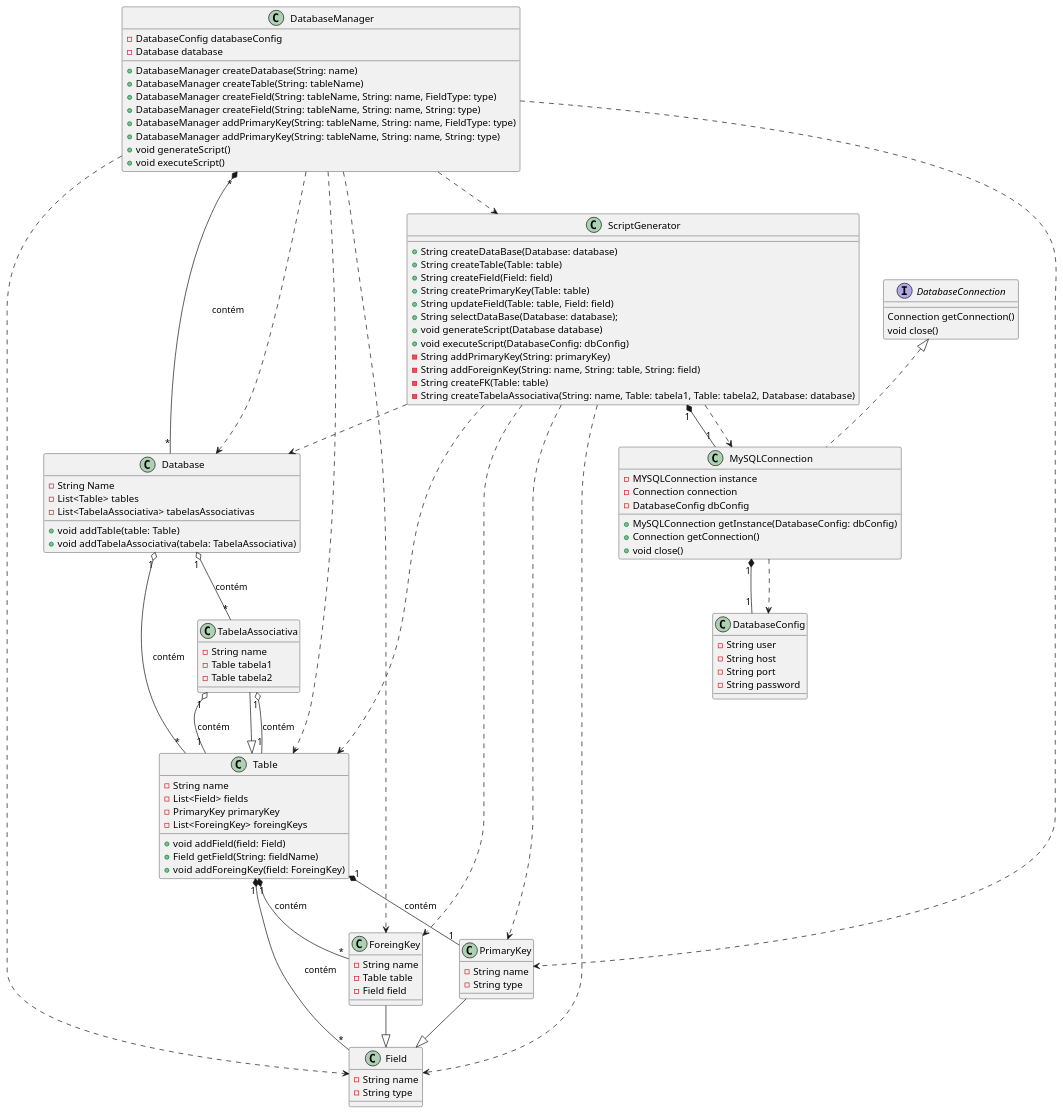
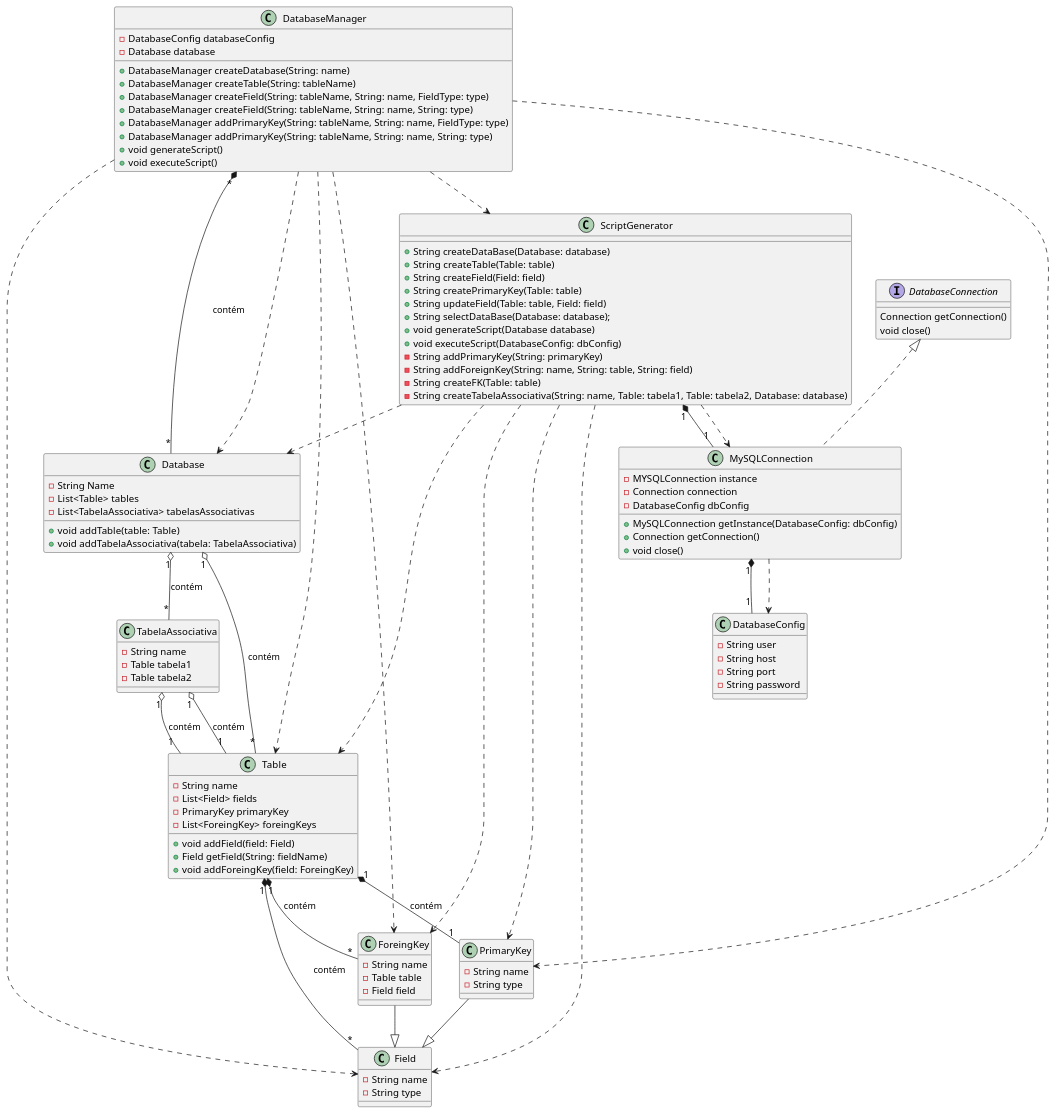
The diagram in diagrama.plantuml (navestelar/database-generator), drawn with PlantUML before and after one commit. The commit also changed 5 other files, not shown here.

Commit message:
ajuste diagrama de classes

```diff
--- a/diagrama.plantuml
+++ b/diagrama.plantuml
@@ -1,125 +1,124 @@
 @startuml Diagrama
   class Database {
     -String Name
     -List<Table> tables
     -List<TabelaAssociativa> tabelasAssociativas
 
     +void addTable(table: Table)
     +void addTabelaAssociativa(tabela: TabelaAssociativa)
   }
 
   class Field {
     -String name
     -String type
   }
 
   class ForeingKey {
     -String name
     -Table table
     -Field field
   }
 
   class PrimaryKey {
     -String name
     -String type
   }
 
   class TabelaAssociativa {
     -String name
     -Table tabela1
     -Table tabela2
   }
 
   class DatabaseConfig {
     -String user
     -String host
     -String port
     -String password
   }
 
   interface DatabaseConnection {
     Connection getConnection()
     void close()
   }
 
   class MySQLConnection implements DatabaseConnection {
     -MYSQLConnection instance
     -Connection connection
     -DatabaseConfig dbConfig
 
     +MySQLConnection getInstance(DatabaseConfig: dbConfig)
     +Connection getConnection()
     +void close()
   }
 
   class DatabaseManager {
     -DatabaseConfig databaseConfig
     -Database database
 
     +DatabaseManager createDatabase(String: name)
     +DatabaseManager createTable(String: tableName)
     +DatabaseManager createField(String: tableName, String: name, FieldType: type)
     +DatabaseManager createField(String: tableName, String: name, String: type)
     +DatabaseManager addPrimaryKey(String: tableName, String: name, FieldType: type)
     +DatabaseManager addPrimaryKey(String: tableName, String: name, String: type)
     +void generateScript()
     +void executeScript()
   } 
 
   class ScriptGenerator {
     +String createDataBase(Database: database)
     +String createTable(Table: table)
     +String createField(Field: field)
     +String createPrimaryKey(Table: table)
     +String updateField(Table: table, Field: field)
     +String selectDataBase(Database: database);
     +void generateScript(Database database)
     +void executeScript(DatabaseConfig: dbConfig)
     -String addPrimaryKey(String: primaryKey)
     -String addForeignKey(String: name, String: table, String: field)
     -String createFK(Table: table)
     -String createTabelaAssociativa(String: name, Table: tabela1, Table: tabela2, Database: database)
   }
 
   class Table {
     -String name
     -List<Field> fields
     -PrimaryKey primaryKey
     -List<ForeingKey> foreingKeys
 
     +void addField(field: Field)
     +Field getField(String: fieldName)
     +void addForeingKey(field: ForeingKey)
   }
 
   Database "1" o-- "*" Table : contém
   Database "1" o-- "*" TabelaAssociativa : contém
   Table "1" *-- "*" Field : contém
   Table "1" *-- "1" PrimaryKey : contém
   Table "1" *-- "*" ForeingKey : contém
   TabelaAssociativa "1" o-- "1" Table : contém
   TabelaAssociativa "1" o-- "1" Table : contém
   ScriptGenerator "1" *-- "1" MySQLConnection
   MySQLConnection "1" *-- "1" DatabaseConfig
   DatabaseManager "*" *-- "*" Database : contém
   DatabaseManager ..> ScriptGenerator
 
   ScriptGenerator ..> MySQLConnection
   ForeingKey --|> Field
   PrimaryKey --|> Field
-  TabelaAssociativa --|> Table
   MySQLConnection ..> DatabaseConfig
   ScriptGenerator ..> Table
   ScriptGenerator ..> Field
   ScriptGenerator ..> Database
   ScriptGenerator ..> PrimaryKey
   ScriptGenerator ..> ForeingKey
   DatabaseManager ..> Table
   DatabaseManager ..> Field
   DatabaseManager ..> Database
   DatabaseManager ..> PrimaryKey
   DatabaseManager ..> ForeingKey
   
 
 
 @enduml
```
